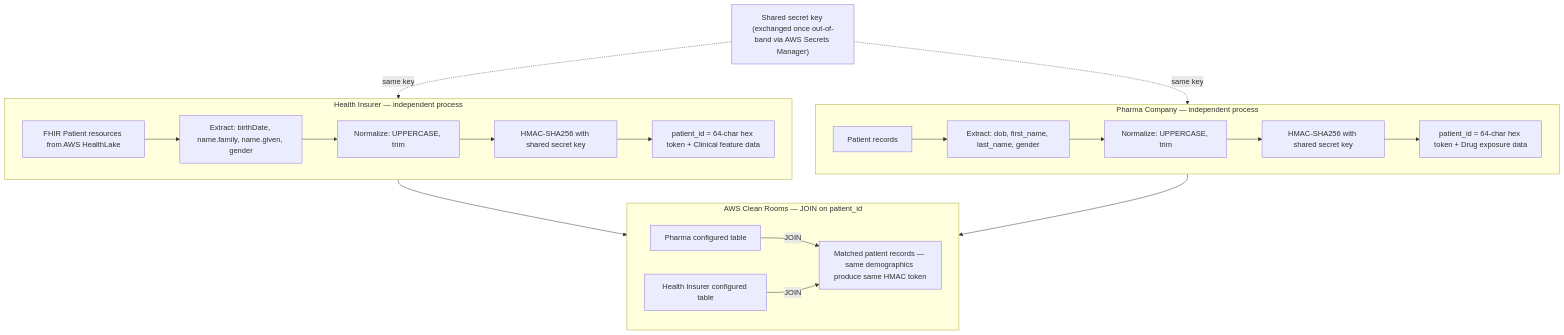
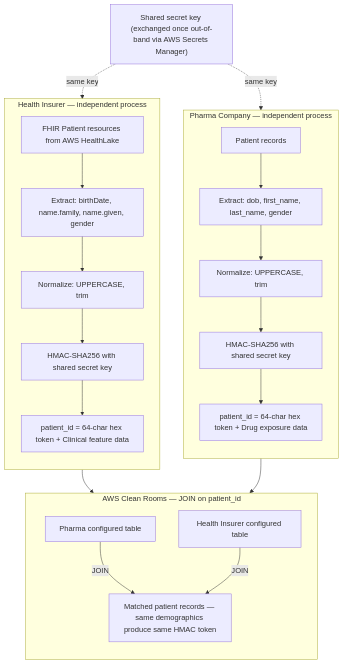
Before and after one commit to aws-samples/sample-Adverse-Drug-Reaction-Prediction-Using-AWS-HealthLake-and-AWS-Clean-Rooms-Part1: the first of 2 diagrams in README.md, drawn with Mermaid. The commit also changed other lines of this file, not shown here.

Commit message:
Fix mermaid diagrams in section 4.2: use direction TB for vertical layout

````diff
--- a/README.md
+++ b/README.md
@@ -200,28 +200,28 @@
 ```mermaid
 flowchart TB
     KEY["Shared secret key (exchanged once out-of-band via AWS Secrets Manager)"]
 
     subgraph PHARMA["Pharma Company — independent process"]
-        direction LR
+        direction TB
         P1["Patient records"] --> P2["Extract: dob, first_name, last_name, gender"] --> P3["Normalize: UPPERCASE, trim"] --> P4["HMAC-SHA256 with shared secret key"] --> P5["patient_id = 64-char hex token + Drug exposure data"]
     end
 
     subgraph HC["Health Insurer — independent process"]
-        direction LR
+        direction TB
         H1["FHIR Patient resources from AWS HealthLake"] --> H2["Extract: birthDate, name.family, name.given, gender"] --> H3["Normalize: UPPERCASE, trim"] --> H4["HMAC-SHA256 with shared secret key"] --> H5["patient_id = 64-char hex token + Clinical feature data"]
     end
 
     subgraph CR["AWS Clean Rooms — JOIN on patient_id"]
-        direction LR
+        direction TB
         J1["Pharma configured table"]
         J2["Health Insurer configured table"]
         J3["Matched patient records — same demographics produce same HMAC token"]
         J1 -->|"JOIN"| J3
         J2 -->|"JOIN"| J3
     end
 
     KEY -.->|"same key"| P4
     KEY -.->|"same key"| H4
     P5 --> J1
     H5 --> J2
 ```
````
